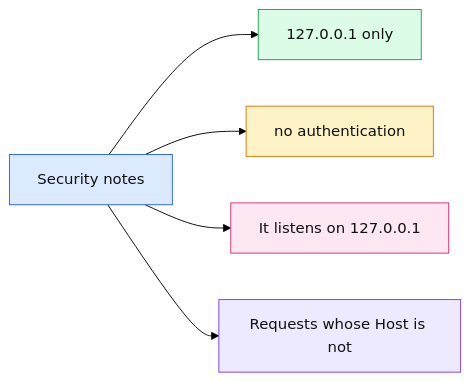
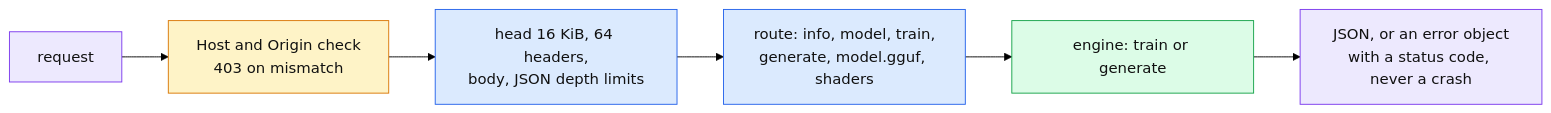
One commit to thomascherickal/ferrum-gpu changed diagram 18 of 21 in docs/gui.md. Above: the diagram before and after it, drawn with Mermaid (forest theme). The commit also changed other lines of this file and 4 other files, not shown here.

First line of the commit message:
docs: hand-drawn data-flow diagrams for the readme, architecture and GUI pages

````diff
--- a/docs/gui.md
+++ b/docs/gui.md
@@ -228,13 +322,13 @@
 ```mermaid
 flowchart LR
-    a["Security notes"]:::root
-    a --> n0["127.0.0.1 only"]:::c0
-    a --> n1["no authentication"]:::c1
-    a --> n2["It listens on 127.0.0.1"]:::c2
-    a --> n3["Requests whose Host is not"]:::c3
-    classDef root fill:#dbeafe,stroke:#2563eb,color:#111
-    classDef c0 fill:#dcfce7,stroke:#16a34a,color:#111
-    classDef c1 fill:#fef3c7,stroke:#d97706,color:#111
-    classDef c2 fill:#fce7f3,stroke:#db2777,color:#111
-    classDef c3 fill:#ede9fe,stroke:#7c3aed,color:#111
+    rq["request"]:::host --> hg["Host and Origin check<br/>403 on mismatch"]:::cpu
+    hg --> lm["head 16 KiB, 64 headers,<br/>body, JSON depth limits"]:::core
+    lm --> rt["route: info, model, train,<br/>generate, model.gguf, shaders"]:::core
+    rt --> en["engine: train or generate"]:::gpu
+    en --> js["JSON, or an error object<br/>with a status code, never a crash"]:::host
+    classDef core fill:#dbeafe,stroke:#2563eb,color:#111
+    classDef gpu fill:#dcfce7,stroke:#16a34a,color:#111
+    classDef cpu fill:#fef3c7,stroke:#d97706,color:#111
+    classDef io fill:#fce7f3,stroke:#db2777,color:#111
+    classDef host fill:#ede9fe,stroke:#7c3aed,color:#111
 ```
````
